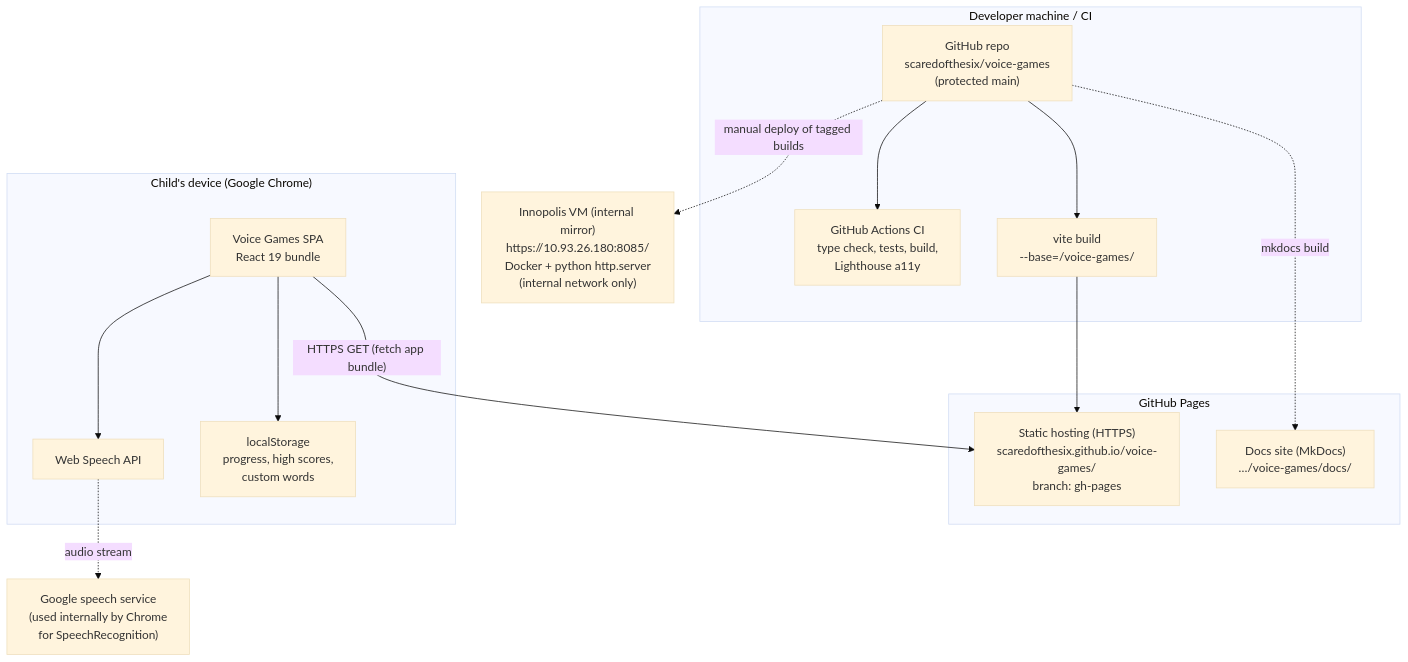
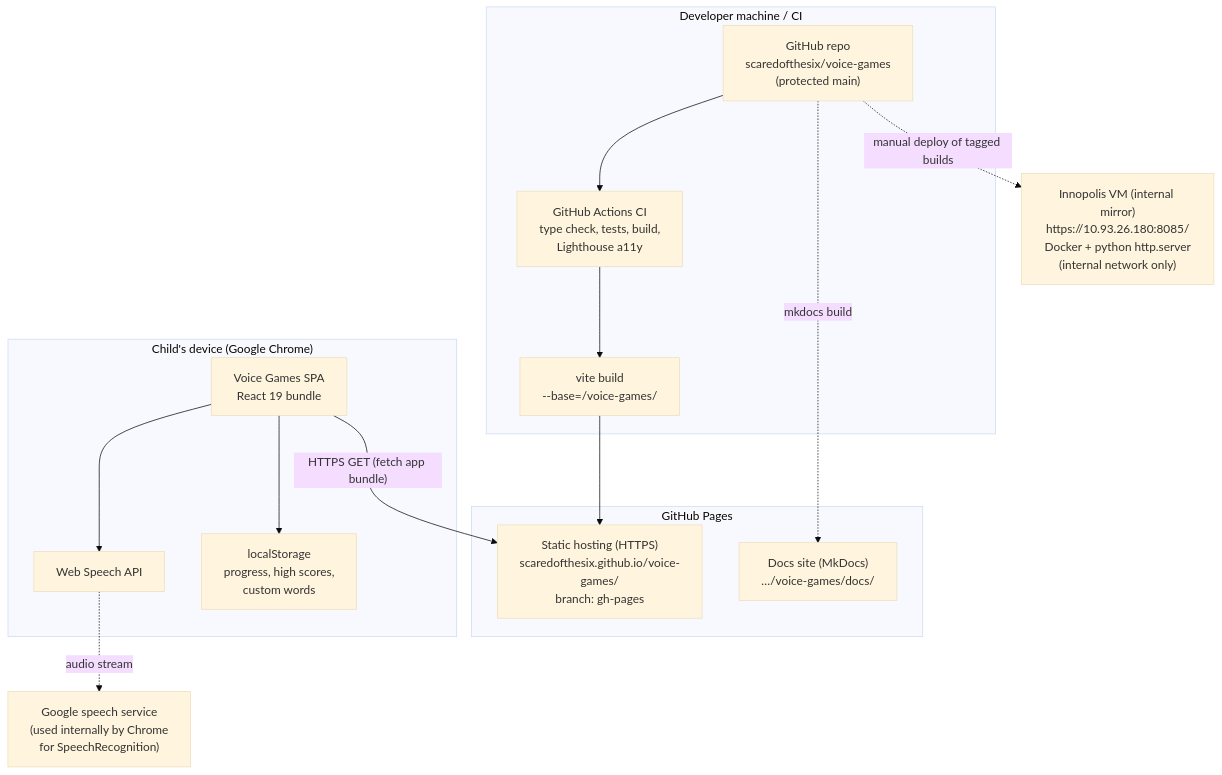
One commit to scaredofthesix/voice-games changed the diagram in docs/architecture/deployment-view/README.md. Above: the diagram before and after it, drawn with Mermaid (base theme). The commit also changed other lines of this file and 51 other files, not shown here.

````diff
--- a/docs/architecture/deployment-view/README.md
+++ b/docs/architecture/deployment-view/README.md
@@ -24,32 +24,31 @@
 ```mermaid
 flowchart TB
     subgraph Dev["Developer machine / CI"]
         Src["GitHub repo<br/>scaredofthesix/voice-games<br/>(protected main)"]
         CI["GitHub Actions CI<br/>type check, tests, build,<br/>Lighthouse a11y"]
         Build["vite build<br/>--base=/voice-games/"]
     end
 
     subgraph GH["GitHub Pages"]
         Pages["Static hosting (HTTPS)<br/>scaredofthesix.github.io/voice-games/<br/>branch: gh-pages"]
         DocsSite["Docs site (MkDocs)<br/>…/voice-games/docs/"]
     end
 
     subgraph Client["Child's device (Google Chrome)"]
         SPA["Voice Games SPA<br/>React 19 bundle"]
         WS["Web Speech API"]
         LS["localStorage<br/>progress, high scores,<br/>custom words"]
     end
 
     GSpeech["Google speech service<br/>(used internally by Chrome<br/>for SpeechRecognition)"]
 
-    Src --> CI
-    Src --> Build --> Pages
+    Src --> CI --> Build --> Pages
     Src -.->|mkdocs build| DocsSite
     SPA -->|"HTTPS GET (fetch app bundle)"| Pages
     SPA --> WS
     SPA --> LS
     WS -.->|audio stream| GSpeech
 
     VM["Innopolis VM (internal mirror)<br/>https://10.93.26.180:8085/<br/>Docker + python http.server<br/>(internal network only)"]
     Src -.->|manual deploy of tagged builds| VM
 ```
````
